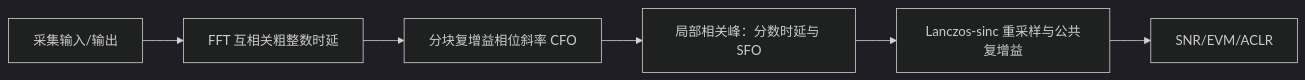
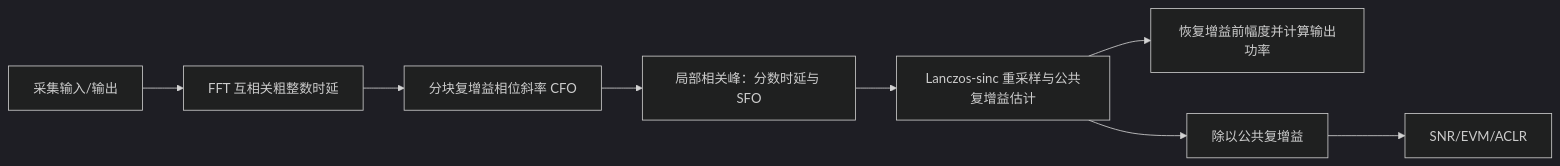
One commit to niyilu45/DPD_ILC changed the second of 9 diagrams in doc/Analysis.md. Above: the diagram before and after it, drawn with Mermaid (dark theme). The commit also changed other lines of this file and 7 other files, not shown here.

````diff
--- a/doc/Analysis.md
+++ b/doc/Analysis.md
@@ -256,8 +256,10 @@
 ```mermaid
 flowchart LR
     A["采集输入/输出"] --> B["FFT 互相关粗整数时延"]
     B --> C["分块复增益相位斜率 CFO"]
     C --> D["局部相关峰：分数时延与 SFO"]
-    D --> E["Lanczos-sinc 重采样与公共复增益"]
-    E --> F["SNR/EVM/ACLR"]
+    D --> E["Lanczos-sinc 重采样与公共复增益估计"]
+    E --> power["恢复增益前幅度并计算输出功率"]
+    E --> compensate["除以公共复增益"]
+    compensate --> F["SNR/EVM/ACLR"]
 ```
````
